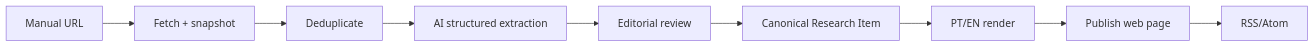
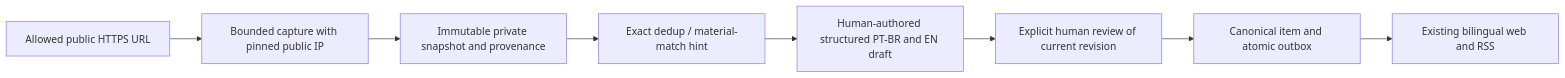
Before and after one commit to SynthesisWire/ai-news-platform: the diagram in docs/architecture/12-first-end-to-end-slice.md, drawn with Mermaid. The commit also changed other lines of this file and 20 other files, not shown here.

Commit message:
feat: add safe local source ingestion and human editorial workflow

````diff
--- a/docs/architecture/12-first-end-to-end-slice.md
+++ b/docs/architecture/12-first-end-to-end-slice.md
@@ -5,11 +5,10 @@
 ```mermaid
 flowchart LR
- URL[Manual URL] --> Fetch[Fetch + snapshot]
- Fetch --> Dedup[Deduplicate]
- Dedup --> Extract[AI structured extraction]
- Extract --> Review[Editorial review]
- Review --> Canon[Canonical Research Item]
- Canon --> Localize[PT/EN render]
- Localize --> Publish[Publish web page]
- Publish --> RSS[RSS/Atom]
+ URL[Allowed public HTTPS URL] --> Fetch[Bounded capture with pinned public IP]
+ Fetch --> Snapshot[Immutable private snapshot and provenance]
+ Snapshot --> Dedup[Exact dedup / material-match hint]
+ Dedup --> Draft[Human-authored structured PT-BR and EN draft]
+ Draft --> Review[Explicit human review of current revision]
+ Review --> Canon[Canonical item and atomic outbox]
+ Canon --> Web[Existing bilingual web and RSS]
 ```
````
